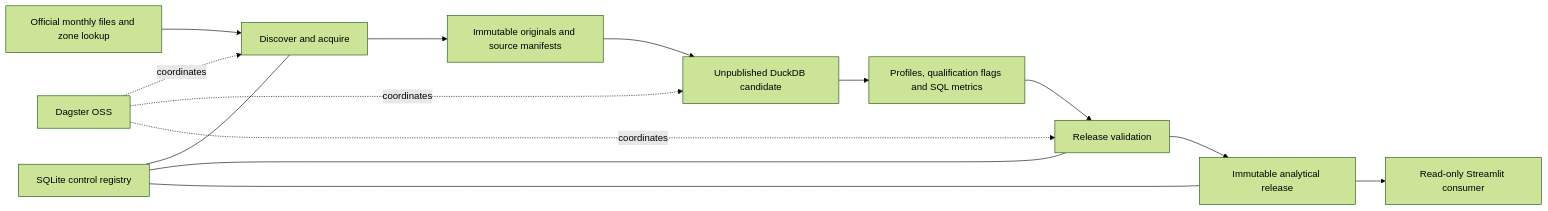
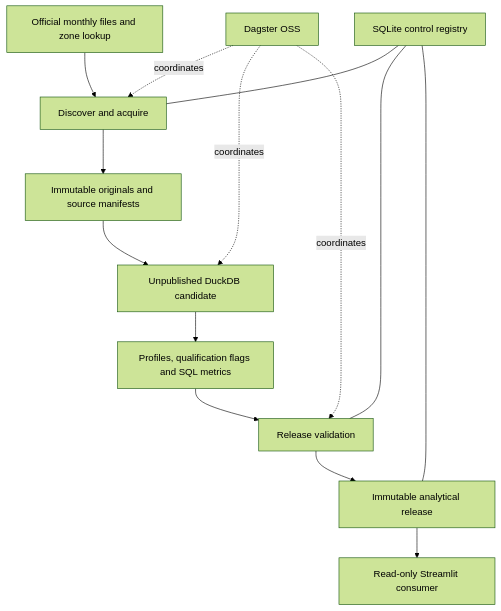
Before and after one commit to emilianodesu/nyc-mobility-data-platform: the diagram in docs/architecture/overview.md, drawn with Mermaid (forest theme). The commit also changed 2 other files, not shown here.

Commit message:
Fix GitHub LaTeX math, Mermaid orientation, and layout width

````diff
--- a/docs/architecture/overview.md
+++ b/docs/architecture/overview.md
@@ -37,16 +37,16 @@
 ```mermaid
-flowchart LR
+flowchart TD
     A[Official monthly files and zone lookup] --> B[Discover and acquire]
     B --> C[Immutable originals and source manifests]
     C --> D[Unpublished DuckDB candidate]
     D --> E[Profiles, qualification flags and SQL metrics]
     E --> F[Release validation]
     F --> G[Immutable analytical release]
     G --> H[Read-only Streamlit consumer]
     I[SQLite control registry] --- B
     I --- F
     I --- G
     J[Dagster OSS] -. coordinates .-> B
     J -. coordinates .-> D
     J -. coordinates .-> F
 ```
````
